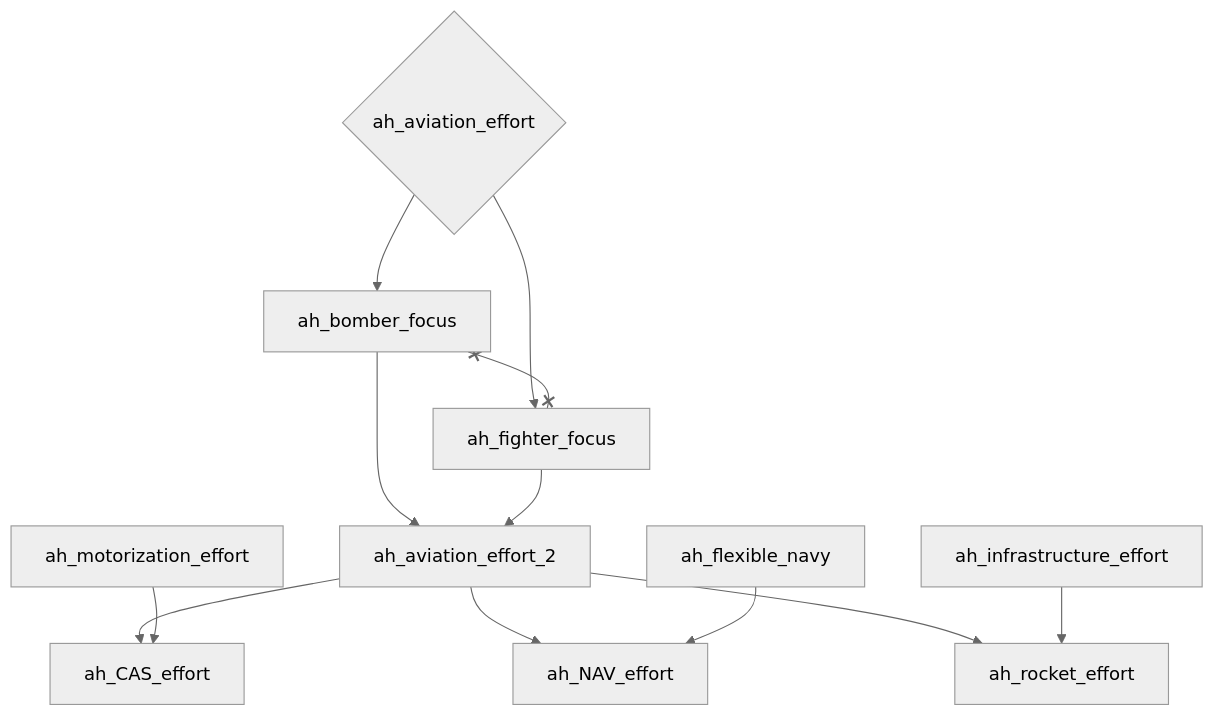
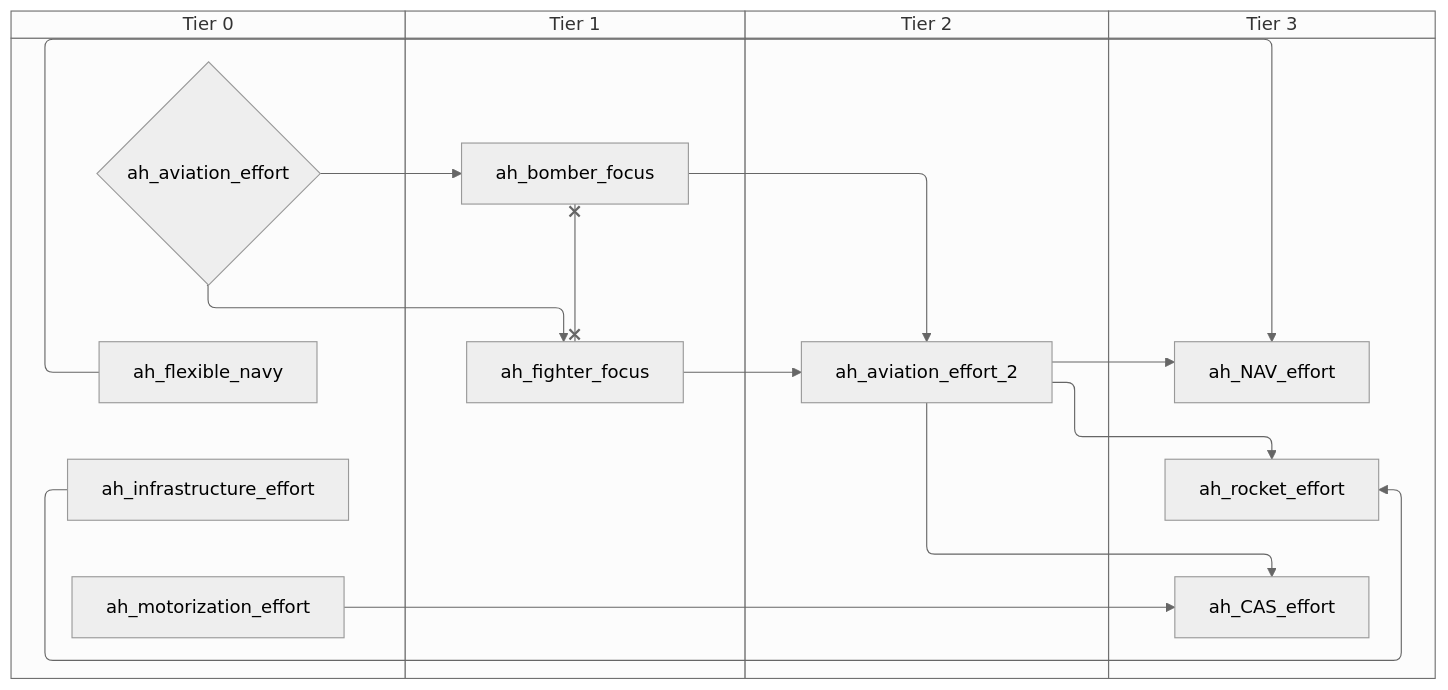
One commit to evgeny-sobol/hoi4-sandbox-mode-r56 changed the second of 5 diagrams in docs/gdd/National Focuses/r56/austro_hungarian_releasable_shared.md. Above: the diagram before and after it, drawn with Mermaid (neutral theme). The commit also changed other lines of this file and 423 other files, not shown here.

First line of the commit message:
Re-export Rt56 focus trees as swimlane diagrams

````diff
--- a/docs/gdd/National Focuses/r56/austro_hungarian_releasable_shared.md
+++ b/docs/gdd/National Focuses/r56/austro_hungarian_releasable_shared.md
@@ -34,24 +44,32 @@
 ```mermaid
-flowchart TD
-    n1["ah_CAS_effort"]
-    n13["ah_NAV_effort"]
-    n14{"ah_aviation_effort"}
-    n4["ah_aviation_effort_2"]
-    n15["ah_bomber_focus"]
-    n16["ah_fighter_focus"]
-    n17["ah_flexible_navy"]
-    n18["ah_infrastructure_effort"]
-    n11["ah_motorization_effort"]
-    n19["ah_rocket_effort"]
-    n4 --> n1
-    n11 --> n1
-    n4 --> n13
-    n17 --> n13
-    n15 --> n4
-    n16 --> n4
-    n14 --> n15
-    n14 --> n16
-    n4 --> n19
-    n18 --> n19
-    n15 x--x n16
+swimlane-beta TD
+    subgraph tier_0["Tier 0"]
+        n13{"ah_aviation_effort"}
+        n14["ah_flexible_navy"]
+        n15["ah_infrastructure_effort"]
+        n5["ah_motorization_effort"]
+    end
+    subgraph tier_1["Tier 1"]
+        n16["ah_bomber_focus"]
+        n17["ah_fighter_focus"]
+    end
+    subgraph tier_2["Tier 2"]
+        n2["ah_aviation_effort_2"]
+    end
+    subgraph tier_3["Tier 3"]
+        n6["ah_CAS_effort"]
+        n18["ah_NAV_effort"]
+        n19["ah_rocket_effort"]
+    end
+    n2 --> n6
+    n5 --> n6
+    n2 --> n18
+    n14 --> n18
+    n16 --> n2
+    n17 --> n2
+    n13 --> n16
+    n13 --> n17
+    n2 --> n19
+    n15 --> n19
+    n16 x--x n17
 ```
````
